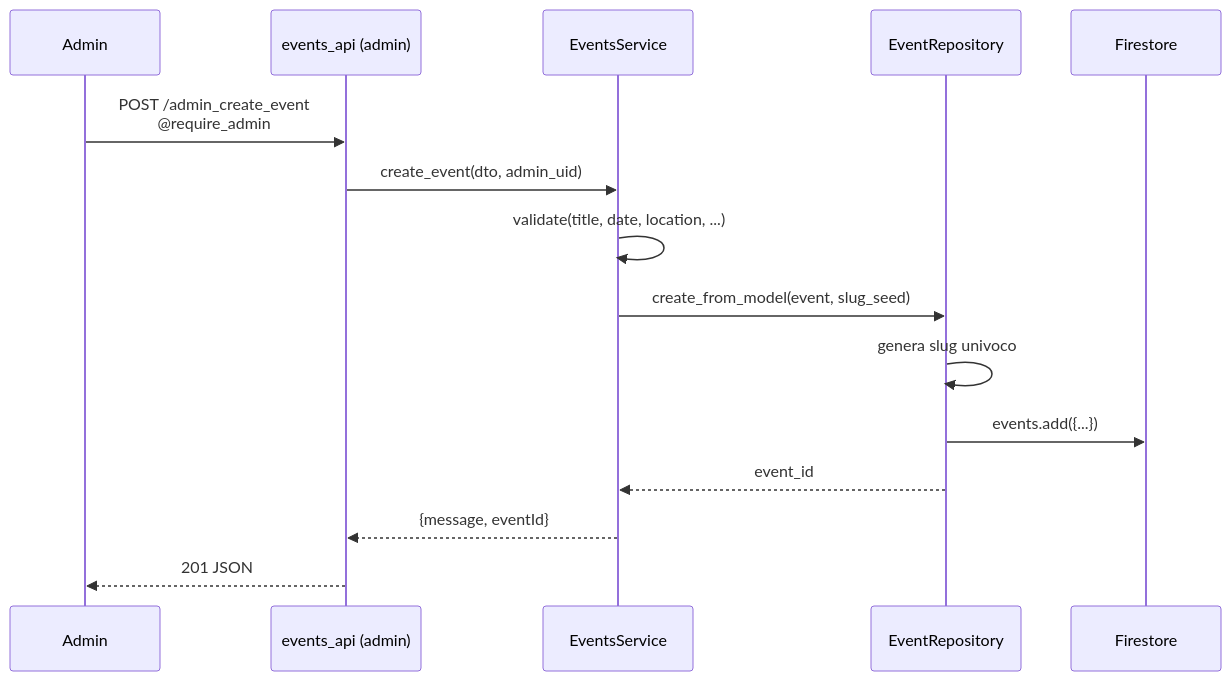
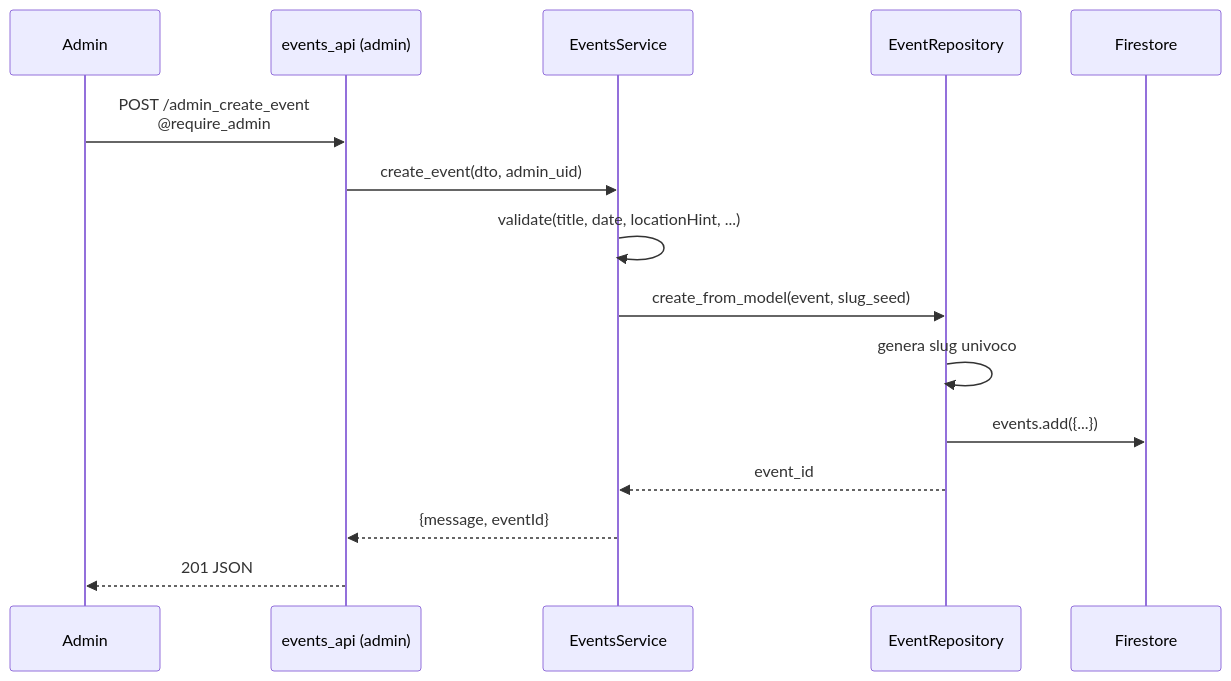
One commit to Vittorix99/mcp-website changed diagram 13 of 39 in docs/backend/BACKEND_USE_CASES.md. Above: the diagram before and after it, drawn with Mermaid. The commit also changed other lines of this file and 113 other files, not shown here.

````diff
--- a/docs/backend/BACKEND_USE_CASES.md
+++ b/docs/backend/BACKEND_USE_CASES.md
@@ -626,18 +644,18 @@
 ```mermaid
 sequenceDiagram
     participant A as Admin
     participant API as events_api (admin)
     participant ES as EventsService
     participant ER as EventRepository
     participant FS as Firestore
 
     A->>API: POST /admin_create_event<br/>@require_admin
     API->>ES: create_event(dto, admin_uid)
-    ES->>ES: validate(title, date, location, ...)
+    ES->>ES: validate(title, date, locationHint, ...)
     ES->>ER: create_from_model(event, slug_seed)
     ER->>ER: genera slug univoco
     ER->>FS: events.add({...})
     ER-->>ES: event_id
     ES-->>API: {message, eventId}
     API-->>A: 201 JSON
 ```
````
